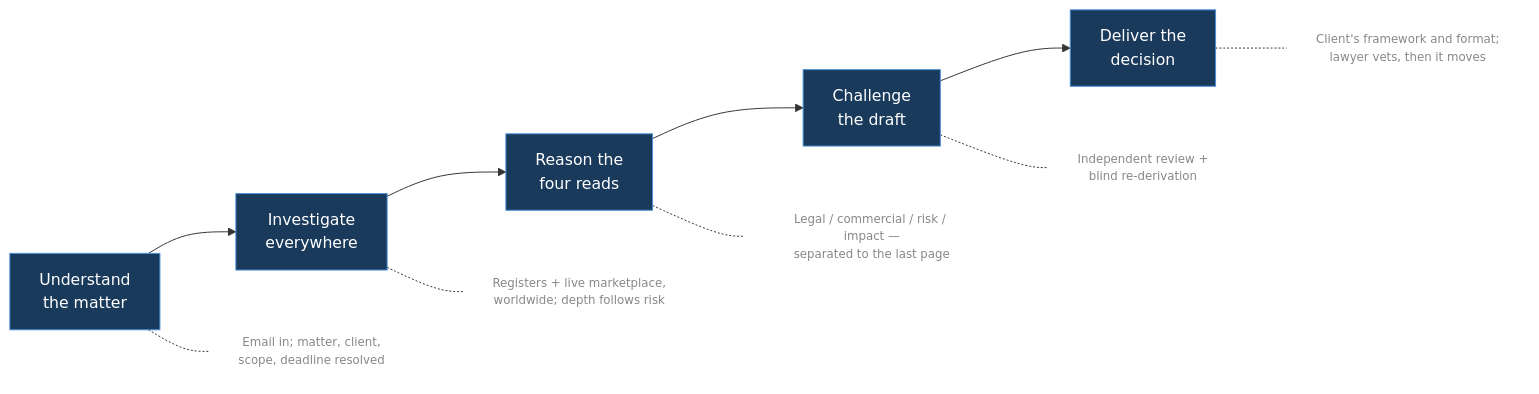
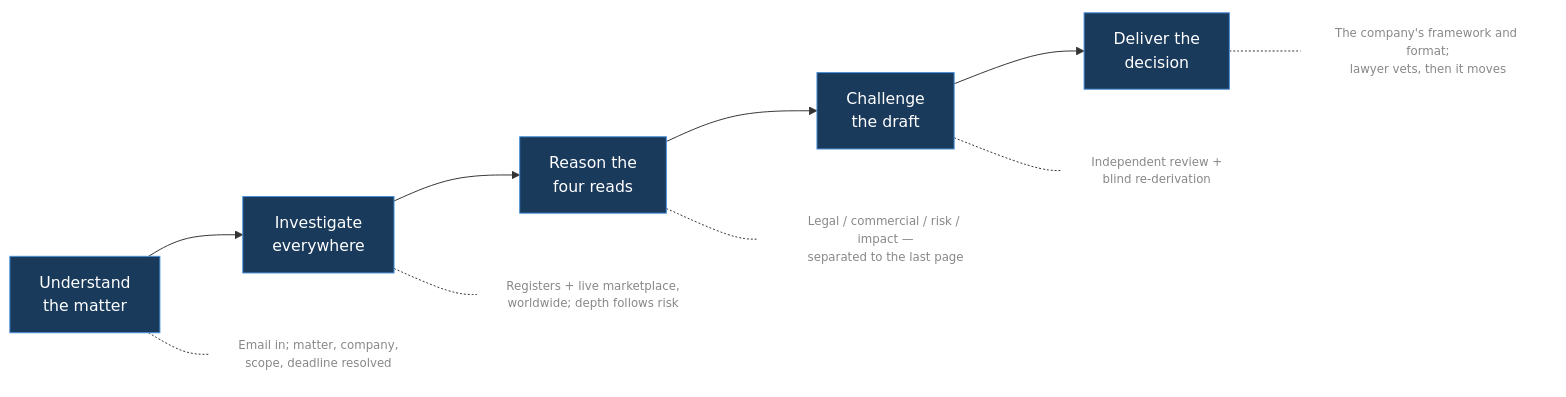
The diagram in docs/architecture/01-product-overview.md (CordilleraSarl/clearotron), drawn with Mermaid before and after one commit. The commit also changed other lines of this file and 25 other files, not shown here.

````diff
--- a/docs/architecture/01-product-overview.md
+++ b/docs/architecture/01-product-overview.md
@@ -55,18 +56,18 @@
 ```mermaid
 flowchart LR
     A["Understand<br/>the matter"] --> B["Investigate<br/>everywhere"]
     B --> C["Reason the<br/>four reads"]
     C --> D["Challenge<br/>the draft"]
     D --> E["Deliver the<br/>decision"]
 
-    A -.- a2["Email in; matter, client,<br/>scope, deadline resolved"]
+    A -.- a2["Email in; matter, company,<br/>scope, deadline resolved"]
     B -.- b2["Registers + live marketplace,<br/>worldwide; depth follows risk"]
     C -.- c2["Legal / commercial / risk / impact —<br/>separated to the last page"]
     D -.- d2["Independent review +<br/>blind re-derivation"]
-    E -.- e2["Client's framework and format;<br/>lawyer vets, then it moves"]
+    E -.- e2["The company's framework and format;<br/>lawyer vets, then it moves"]
 
     classDef phase fill:#1a3a5c,stroke:#4a90d9,color:#fff
     classDef note fill:none,stroke:none,color:#888,font-size:12px
     class A,B,C,D,E phase
     class a2,b2,c2,d2,e2 note
 ```
````
